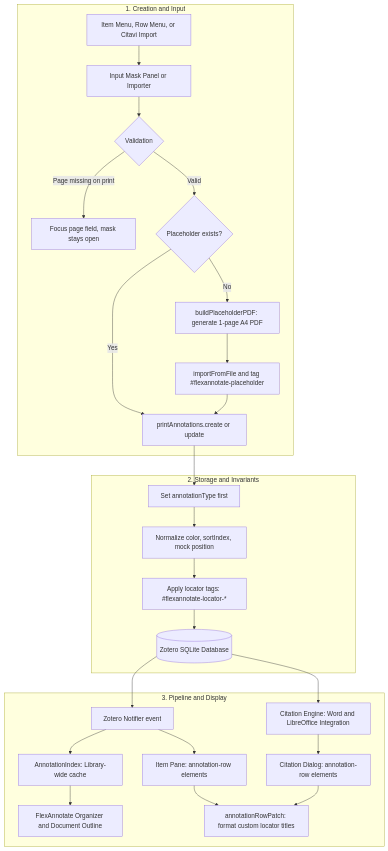
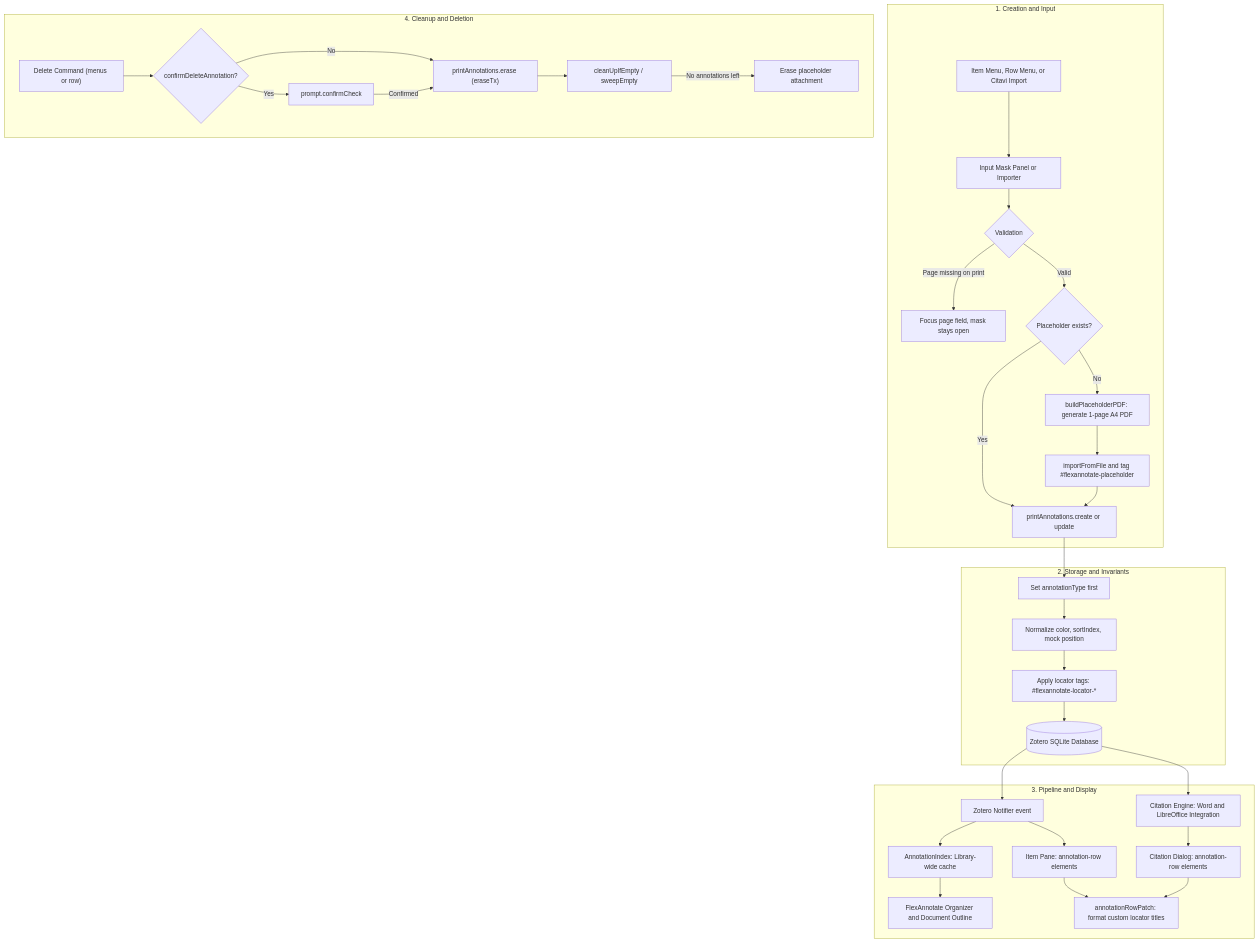
One commit to justanotherjurastudent/zotero_FlexAnnotate changed the diagram in openwiki/features/print-annotations.md. Above: the diagram before and after it, drawn with Mermaid. The commit also changed other lines of this file and 38 other files, not shown here.

````diff
--- a/openwiki/features/print-annotations.md
+++ b/openwiki/features/print-annotations.md
@@ -91,33 +95,42 @@
 ```mermaid
 flowchart TD
     subgraph Creation["1. Creation and Input"]
         UI_Menu["Item Menu, Row Menu, or Citavi Import"] --> DL["Input Mask Panel or Importer"]
         DL --> VAL{"Validation"}
         VAL -->|"Page missing on print"| STAY["Focus page field, mask stays open"]
         VAL -->|"Valid"| PH{"Placeholder exists?"}
         PH -->|"No"| MK_PDF["buildPlaceholderPDF: generate 1-page A4 PDF"]
         MK_PDF --> IMP["importFromFile and tag #flexannotate-placeholder"]
         PH -->|"Yes"| CR["printAnnotations.create or update"]
         IMP --> CR
     end
 
     subgraph Storage["2. Storage and Invariants"]
         CR --> SET_TYP["Set annotationType first"]
         FLD["Normalize color, sortIndex, mock position"]
         TAGS["Apply locator tags: #flexannotate-locator-*"]
         SET_TYP --> FLD
         FLD --> TAGS
         TAGS --> DB[("Zotero SQLite Database")]
     end
 
     subgraph Pipeline["3. Pipeline and Display"]
         DB --> NOTIF["Zotero Notifier event"]
         NOTIF --> IDX["AnnotationIndex: Library-wide cache"]
         NOTIF --> PANE["Item Pane: annotation-row elements"]
         IDX --> ORG["FlexAnnotate Organizer and Document Outline"]
         DB --> CSL["Citation Engine: Word and LibreOffice Integration"]
         CSL --> DLG["Citation Dialog: annotation-row elements"]
         PANE --> PATCH["annotationRowPatch: format custom locator titles"]
         DLG --> PATCH
     end
+
+    subgraph Cleanup["4. Cleanup and Deletion"]
+        DEL["Delete Command (menus or row)"] --> CONF{"confirmDeleteAnnotation?"}
+        CONF -->|"Yes"| ASK["prompt.confirmCheck"]
+        CONF -->|"No"| DO_DEL["printAnnotations.erase (eraseTx)"]
+        ASK -->|"Confirmed"| DO_DEL
+        DO_DEL --> SWEEP["cleanUpIfEmpty / sweepEmpty"]
+        SWEEP -->|"No annotations left"| ERASE_PH["Erase placeholder attachment"]
+    end
 ```
````
